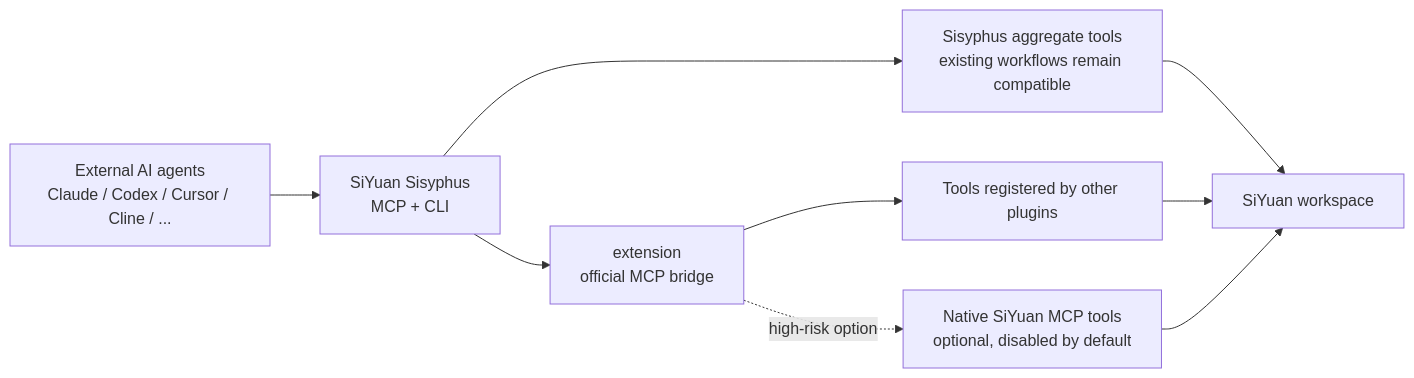
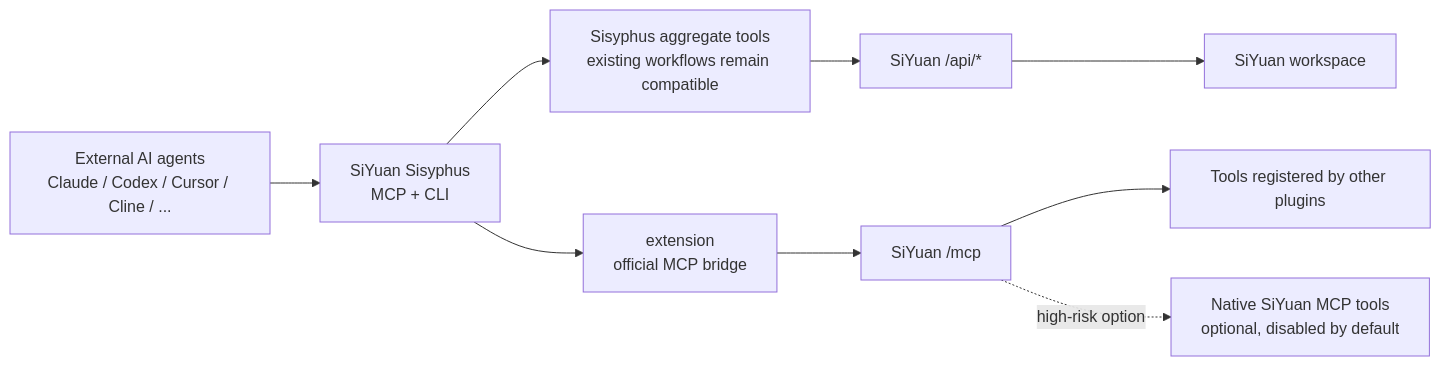
The diagram in README.md (clark874/siyuan-plugins-mcp-sisyphus), drawn with Mermaid before and after one commit. The commit also changed other lines of this file and 17 other files, not shown here.

````diff
--- a/README.md
+++ b/README.md
@@ -39,19 +39,19 @@
 ```mermaid
 flowchart LR
     Agent["External AI agents<br/>Claude / Codex / Cursor / Cline / ..."]
     Sisyphus["SiYuan Sisyphus<br/>MCP + CLI"]
     Builtin["Sisyphus aggregate tools<br/>existing workflows remain compatible"]
     Bridge["extension<br/>official MCP bridge"]
+    Api["SiYuan /api/*"]
+    OfficialMcp["SiYuan /mcp"]
     PluginTools["Tools registered by other plugins"]
     NativeTools["Native SiYuan MCP tools<br/>optional, disabled by default"]
     Workspace["SiYuan workspace"]
 
     Agent --> Sisyphus
     Sisyphus --> Builtin
     Sisyphus --> Bridge
-    Bridge --> PluginTools
-    Bridge -. high-risk option .-> NativeTools
-    Builtin --> Workspace
-    PluginTools --> Workspace
-    NativeTools --> Workspace
+    Builtin --> Api --> Workspace
+    Bridge --> OfficialMcp --> PluginTools
+    OfficialMcp -. high-risk option .-> NativeTools
 ```
````
